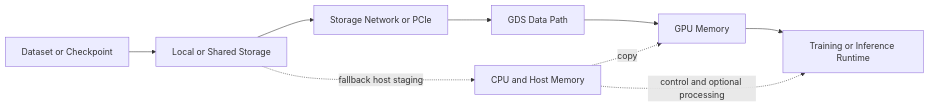
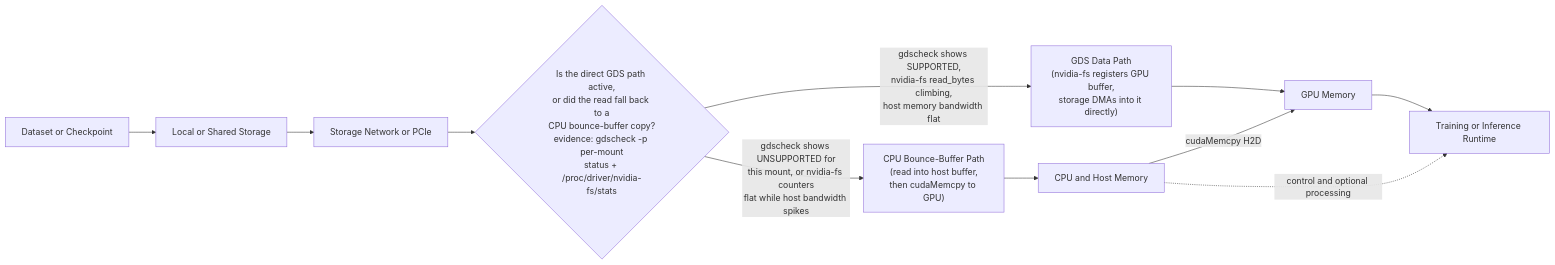
Before and after one commit to jithinpnjm/nvidia-devops: the first of 4 diagrams in docs/nvidia-zero-to-hero/volume-07/chapter-06-gpudirect-storage.md, drawn with Mermaid. The commit also changed other lines of this file, not shown here.

Commit message:
Depth rework: chapter-06 troubleshooting evidence + interview answers

````diff
--- a/docs/nvidia-zero-to-hero/volume-07/chapter-06-gpudirect-storage.md
+++ b/docs/nvidia-zero-to-hero/volume-07/chapter-06-gpudirect-storage.md
@@ -53,14 +53,19 @@
 ```mermaid
 flowchart LR
     Dataset[Dataset or Checkpoint]
     Storage[Local or Shared Storage]
     Fabric[Storage Network or PCIe]
-    GDS[GDS Data Path]
+    Decision{"Is the direct GDS path active,<br/>or did the read fall back to a<br/>CPU bounce-buffer copy?<br/>evidence: gdscheck -p per-mount<br/>status + /proc/driver/nvidia-fs/stats"}
+    GDS["GDS Data Path<br/>(nvidia-fs registers GPU buffer,<br/>storage DMAs into it directly)"]
+    Bounce["CPU Bounce-Buffer Path<br/>(read into host buffer,<br/>then cudaMemcpy to GPU)"]
     GPU[GPU Memory]
     CPU[CPU and Host Memory]
     App[Training or Inference Runtime]
 
-    Dataset --> Storage --> Fabric --> GDS --> GPU --> App
+    Dataset --> Storage --> Fabric --> Decision
+    Decision -->|"gdscheck shows SUPPORTED,<br/>nvidia-fs read_bytes climbing,<br/>host memory bandwidth flat"| GDS
+    Decision -->|"gdscheck shows UNSUPPORTED for<br/>this mount, or nvidia-fs counters<br/>flat while host bandwidth spikes"| Bounce
+    GDS --> GPU --> App
+    Bounce --> CPU -->|"cudaMemcpy H2D"| GPU
     CPU -. control and optional processing .-> App
-    Storage -. fallback host staging .-> CPU -. copy .-> GPU
 ```
````
